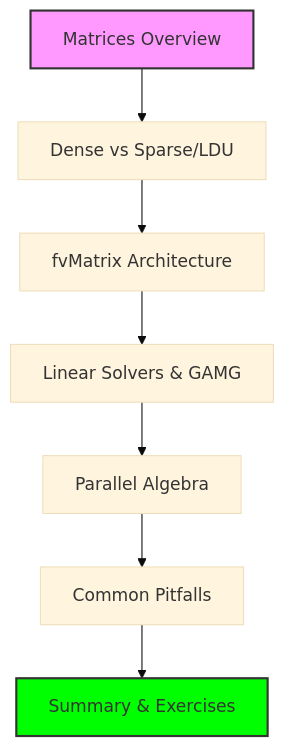
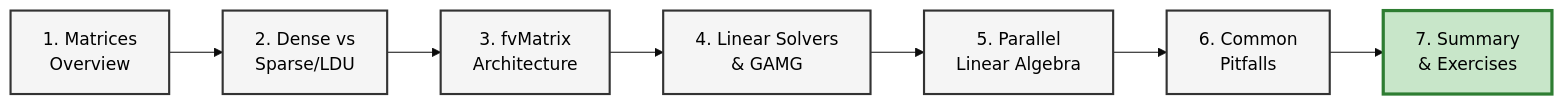
Before and after one commit to wramet/build-my-cfd: the diagram in MODULE_05_OPENFOAM_PROGRAMMING/CONTENT/06_MATRICES_LINEARALGEBRA/00_Overview.md, drawn with Mermaid (base theme). The commit also changed 313 other files, not shown here.

Commit message:
Revise all diagram

````diff
--- a/MODULE_05_OPENFOAM_PROGRAMMING/CONTENT/06_MATRICES_LINEARALGEBRA/00_Overview.md
+++ b/MODULE_05_OPENFOAM_PROGRAMMING/CONTENT/06_MATRICES_LINEARALGEBRA/00_Overview.md
@@ -7,12 +7,12 @@
 ```mermaid
-graph TD
-    A[Matrices Overview] --> B[Dense vs Sparse/LDU]
-    B --> C[fvMatrix Architecture]
-    C --> D[Linear Solvers & GAMG]
-    D --> E[Parallel Algebra]
-    E --> F[Common Pitfalls]
-    F --> G[Summary & Exercises]
+flowchart LR
+classDef step fill:#f5f5f5,stroke:#333,stroke-width:2px,color:#000
+classDef finish fill:#c8e6c9,stroke:#2e7d32,stroke-width:3px,color:#000
 
-    style A fill:#f9f,stroke:#333,stroke-width:2px
-    style G fill:#00ff00,stroke:#333,stroke-width:2px
+A[1. Matrices<br/>Overview]:::step --> B[2. Dense vs<br/>Sparse/LDU]:::step
+B --> C[3. fvMatrix<br/>Architecture]:::step
+C --> D[4. Linear Solvers<br/>& GAMG]:::step
+D --> E[5. Parallel<br/>Linear Algebra]:::step
+E --> F[6. Common<br/>Pitfalls]:::step
+F --> G[7. Summary<br/>& Exercises]:::finish
 ```
````
